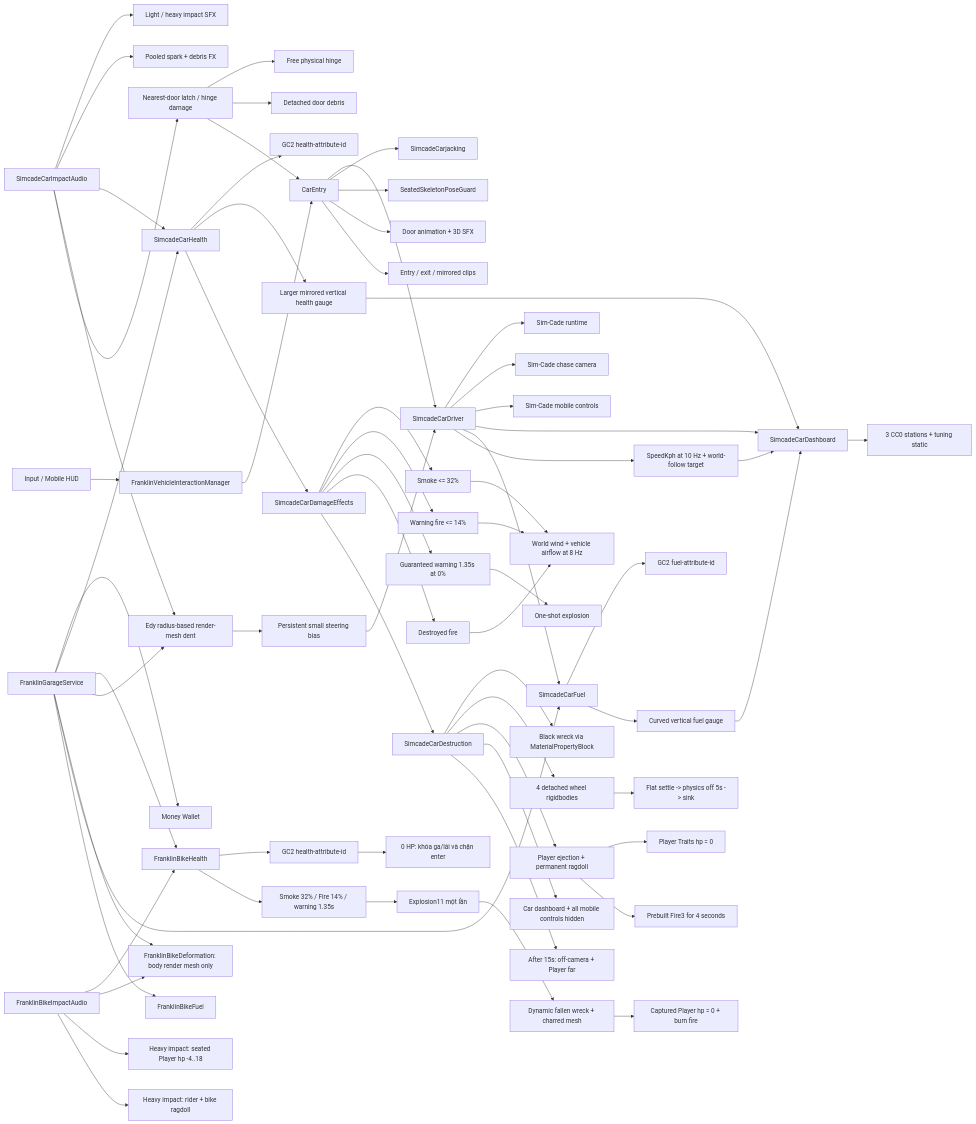
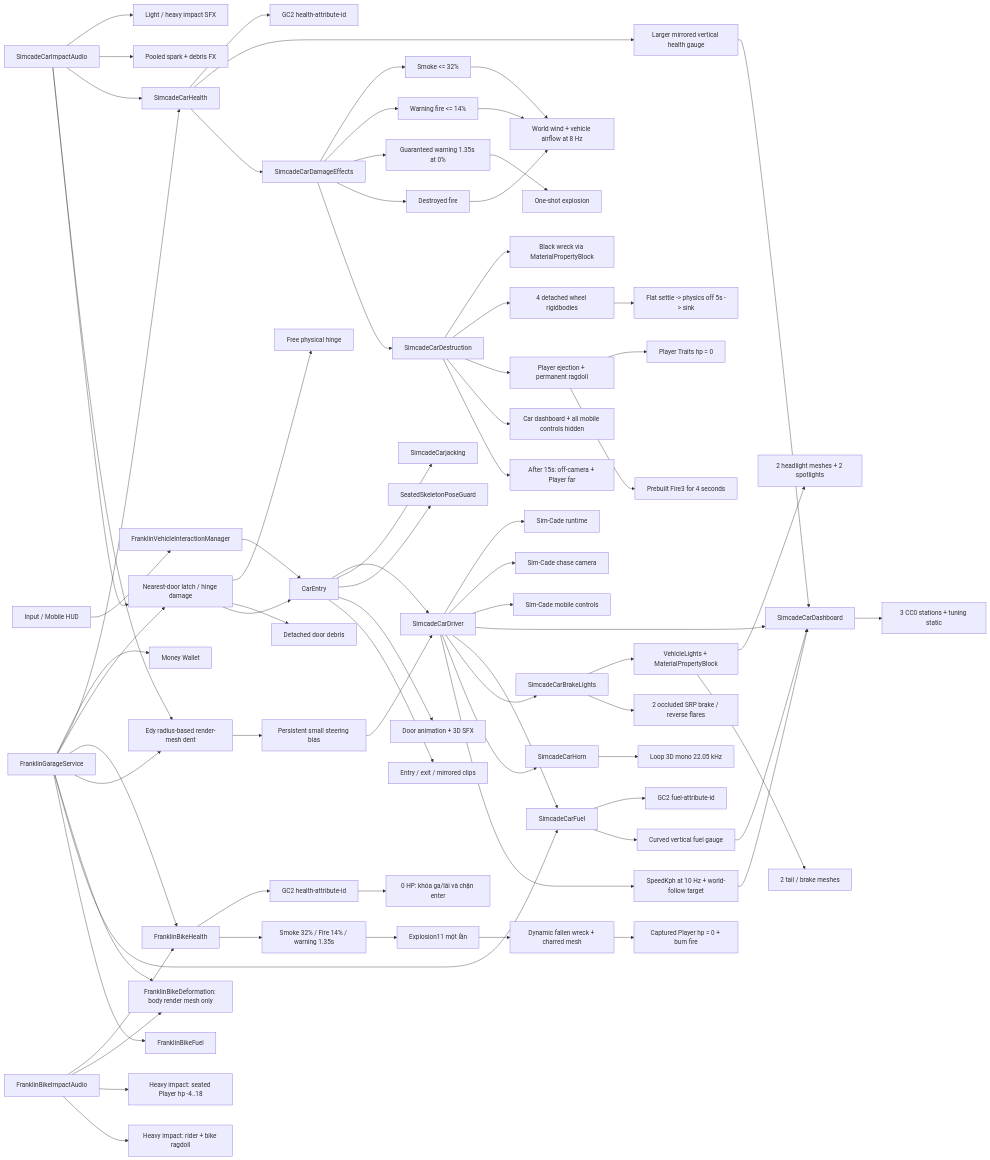
Before and after one commit to diepquocphong/AnonymousCrime: the first of 5 diagrams in Assets/Ash Assets/Vehicle Integration/README.md, drawn with Mermaid. The commit also changed other lines of this file and 478 other files, not shown here.

````diff
--- a/Assets/Ash Assets/Vehicle Integration/README.md
+++ b/Assets/Ash Assets/Vehicle Integration/README.md
@@ -171,69 +175,77 @@
 ```mermaid
 flowchart LR
     Input["Input / Mobile HUD"] --> Interaction["FranklinVehicleInteractionManager"]
     Interaction --> Entry["CarEntry"]
     Entry --> Driver["SimcadeCarDriver"]
     Entry --> Jack["SimcadeCarjacking"]
     Entry --> Pose["SeatedSkeletonPoseGuard"]
     Driver --> Simcade["Sim-Cade runtime"]
     Driver --> Camera["Sim-Cade chase camera"]
     Driver --> Mobile["Sim-Cade mobile controls"]
     Driver --> Dashboard["SimcadeCarDashboard"]
     Driver --> Fuel["SimcadeCarFuel"]
+    Driver --> Lights["SimcadeCarBrakeLights"]
+    Driver --> Horn["SimcadeCarHorn"]
+    Horn --> HornAudio["Loop 3D mono 22.05 kHz"]
+    Lights --> SharedLights["VehicleLights + MaterialPropertyBlock"]
+    SharedLights --> Headlights["2 headlight meshes + 2 spotlights"]
+    SharedLights --> RearLights["2 tail / brake meshes"]
+    Lights --> BrakeFlares["2 occluded SRP brake / reverse flares"]
     Fuel --> FuelTraits["GC2 fuel-attribute-id"]
     Fuel --> FuelGauge["Curved vertical fuel gauge"]
     FuelGauge --> Dashboard
     Impact["SimcadeCarImpactAudio"] --> Audio["Light / heavy impact SFX"]
     Impact --> FX["Pooled spark + debris FX"]
     Impact --> Health["SimcadeCarHealth"]
     Impact --> Dent["Edy radius-based render-mesh dent"]
     Impact --> DoorDamage["Nearest-door latch / hinge damage"]
     DoorDamage --> LooseDoor["Free physical hinge"]
     DoorDamage --> DetachedDoor["Detached door debris"]
     DoorDamage --> Entry
     Dent --> SteeringDamage["Persistent small steering bias"]
     SteeringDamage --> Driver
     Health --> Traits["GC2 health-attribute-id"]
     Health --> HealthGauge["Larger mirrored vertical health gauge"]
     HealthGauge --> Dashboard
     Health --> DamageFX["SimcadeCarDamageEffects"]
     DamageFX --> WeakSmoke["Smoke <= 32%"]
     DamageFX --> CriticalFire["Warning fire <= 14%"]
     CriticalFire --> Wind["World wind + vehicle airflow at 8 Hz"]
     WeakSmoke --> Wind
     DamageFX --> Delay["Guaranteed warning 1.35s at 0%"]
     Delay --> Explosion["One-shot explosion"]
     DamageFX --> Fire["Destroyed fire"]
     Fire --> Wind
     DamageFX --> Destruction["SimcadeCarDestruction"]
     Destruction --> Charred["Black wreck via MaterialPropertyBlock"]
     Destruction --> Wheels["4 detached wheel rigidbodies"]
     Wheels --> WheelCleanup["Flat settle -> physics off 5s -> sink"]
     Destruction --> Eject["Player ejection + permanent ragdoll"]
     Eject --> PlayerTraits["Player Traits hp = 0"]
     Eject --> Burn["Prebuilt Fire3 for 4 seconds"]
     Destruction --> HideUI["Car dashboard + all mobile controls hidden"]
     Destruction --> WreckCleanup["After 15s: off-camera + Player far"]
     Driver --> Speed["SpeedKph at 10 Hz + world-follow target"]
     Speed --> Dashboard
     Dashboard --> Radio["3 CC0 stations + tuning static"]
     Entry --> Door["Door animation + 3D SFX"]
     Entry --> Clips["Entry / exit / mirrored clips"]
     BikeImpact["FranklinBikeImpactAudio"] --> BikeHealth["FranklinBikeHealth"]
     BikeImpact --> BikeDent["FranklinBikeDeformation: body render mesh only"]
     BikeHealth --> BikeTraits["GC2 health-attribute-id"]
     BikeImpact --> BikePlayerDamage["Heavy impact: seated Player hp -4..18"]
     BikeTraits --> BikeLock["0 HP: khóa ga/lái và chặn enter"]
     BikeHealth --> BikeDamageFX["Smoke 32% / Fire 14% / warning 1.35s"]
     BikeDamageFX --> BikeExplosion["Explosion11 một lần"]
     BikeExplosion --> BikeWreck["Dynamic fallen wreck + charred mesh"]
     BikeWreck --> BikePlayerZero["Captured Player hp = 0 + burn fire"]
     BikeImpact --> BikeCrash["Heavy impact: rider + bike ragdoll"]
     Garage["FranklinGarageService"] --> Wallet["Money Wallet"]
     Garage --> Health
+    Garage --> DoorDamage
     Garage --> BikeHealth
     Garage --> Dent
     Garage --> BikeDent
     Garage --> Fuel
     Garage --> BikeFuel["FranklinBikeFuel"]
 ```
````
